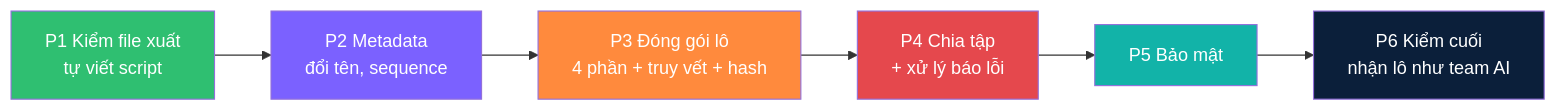
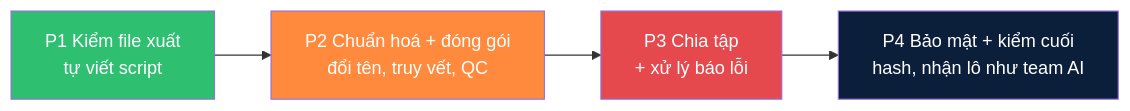
Before and after one commit to VinUni-AI20k/K5-L23-Day10-Handover-Traceability: the diagram in README.md, drawn with Mermaid. The commit also changed other lines of this file and 17 other files, not shown here.

````diff
--- a/README.md
+++ b/README.md
@@ -36,14 +36,10 @@
 ```mermaid
 flowchart LR
-  A[P1 Kiểm file xuất<br/>tự viết script] --> B[P2 Metadata<br/>đổi tên, sequence]
-  B --> C[P3 Đóng gói lô<br/>4 phần + truy vết + hash]
-  C --> D[P4 Chia tập<br/>+ xử lý báo lỗi]
-  D --> E[P5 Bảo mật]
-  E --> F[P6 Kiểm cuối<br/>nhận lô như team AI]
+  A[P1 Kiểm file xuất<br/>tự viết script] --> B[P2 Chuẩn hoá + đóng gói<br/>đổi tên, truy vết, QC]
+  B --> C[P3 Chia tập<br/>+ xử lý báo lỗi]
+  C --> D[P4 Bảo mật + kiểm cuối<br/>hash, nhận lô như team AI]
   style A fill:#2fbf71,color:#fff
-  style B fill:#7b61ff,color:#fff
-  style C fill:#ff8a3d,color:#fff
-  style D fill:#e5484d,color:#fff
-  style E fill:#12b3a8,color:#fff
-  style F fill:#0b1f3a,color:#fff
+  style B fill:#ff8a3d,color:#fff
+  style C fill:#e5484d,color:#fff
+  style D fill:#0b1f3a,color:#fff
 ```
````
